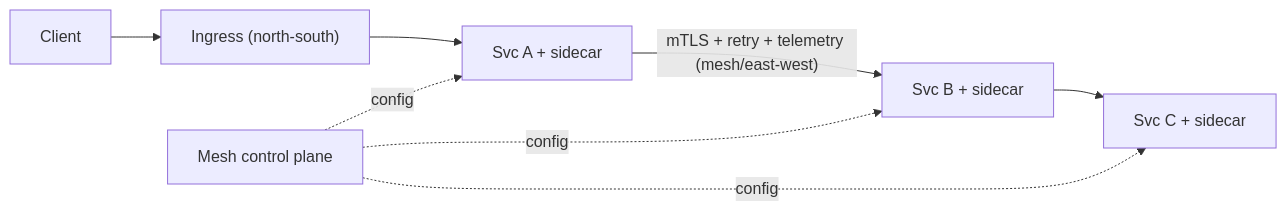
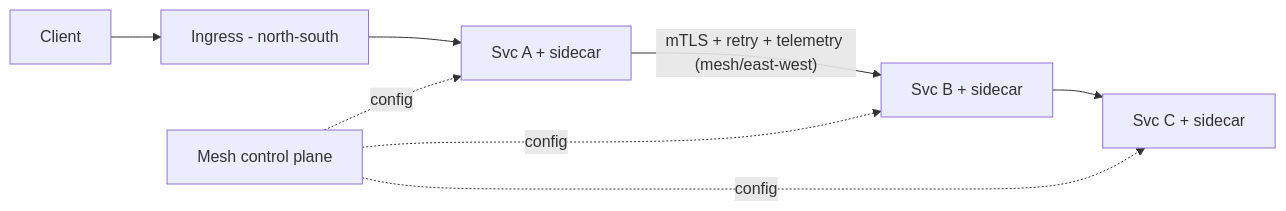
One commit to RIT-MESH/system-design-mastery changed the diagram in docs/09-cloud-platform/02-service-mesh-ingress.md. Above: the diagram before and after it, drawn with Mermaid. The commit also changed 139 other files, not shown here.

First line of the commit message:
Fix Mermaid parse errors: replace parentheses in node labels across 140 files

````diff
--- a/docs/09-cloud-platform/02-service-mesh-ingress.md
+++ b/docs/09-cloud-platform/02-service-mesh-ingress.md
@@ -17,9 +17,9 @@
 ```mermaid
 %% created-for: system-design-mastery
 flowchart LR
-  Client --> Ingress["Ingress (north-south)"]
+  Client --> Ingress["Ingress - north-south"]
   Ingress --> A["Svc A + sidecar"]
   A --"mTLS + retry + telemetry (mesh/east-west)"--> B["Svc B + sidecar"]
   B --> C["Svc C + sidecar"]
   Control["Mesh control plane"] -.config.-> A & B & C
 ```
````
